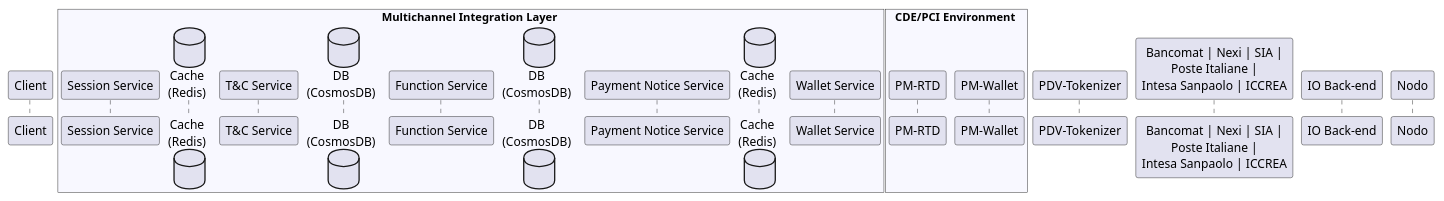
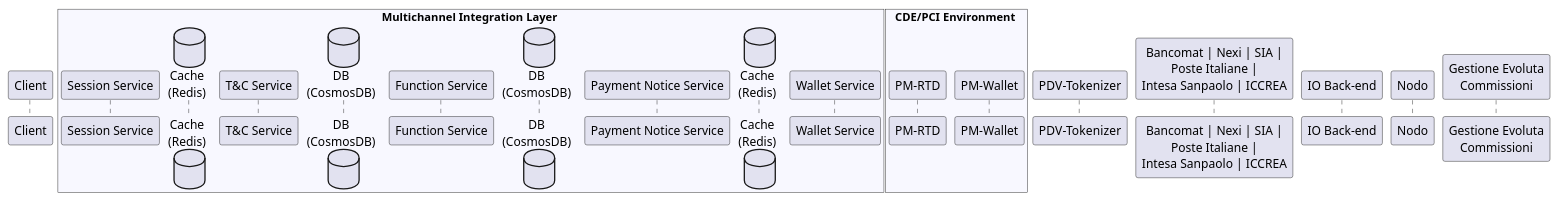
The diagram in sequence_diags/common/actors.puml (antoniotarricone/mil-apis), drawn with PlantUML before and after one commit.

Commit message:
GEC added.

```diff
--- a/sequence_diags/common/actors.puml
+++ b/sequence_diags/common/actors.puml
@@ -1,27 +1,28 @@
 participant "Client" as Client
 
 box Multichannel Integration Layer #GhostWhite
 	participant "Session Service" as SessionSrv
 	database "Cache\n(Redis)" as SessionCache
 	
 	participant "T&C Service" as TCSrv
 	database "DB\n(CosmosDB)" as TCDB
 	
 	participant "Function Service" as FunctionSrv
 	database "DB\n(CosmosDB)" as FunctionDB
 	
 	participant "Payment Notice Service" as NoticeSrv
 	database "Cache\n(Redis)" as NoticeCache
 	
 	participant "Wallet Service" as WalletWrp
 end box
 
 box CDE/PCI Environment #GhostWhite
 	participant "PM-RTD" as PANTokenizer
 	participant "PM-Wallet" as Wallet
 end box
 
 participant "PDV-Tokenizer" as Tokenizer
 participant "Bancomat | Nexi | SIA |\nPoste Italiane |\nIntesa Sanpaolo | ICCREA" as ServiceCenter
 participant "IO Back-end" as IO
 participant "Nodo" as Nodo
+participant "Gestione Evoluta\nCommissioni" as GEC
```
